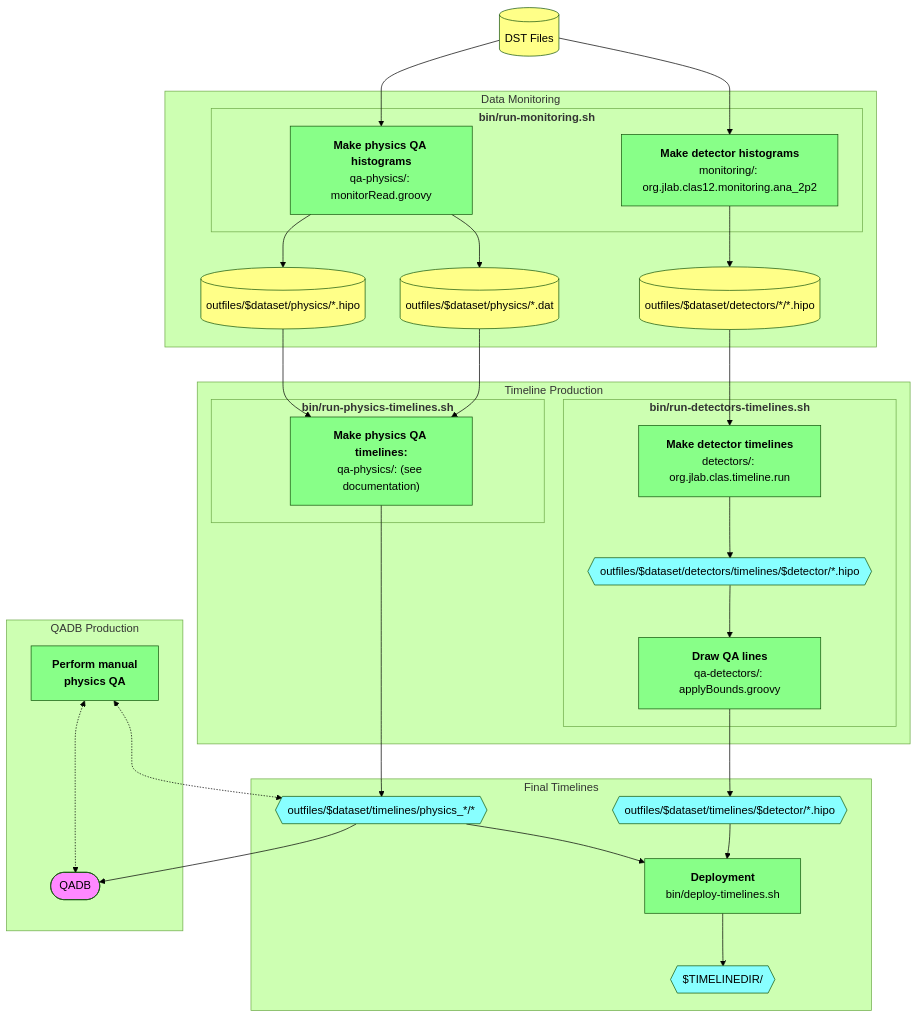
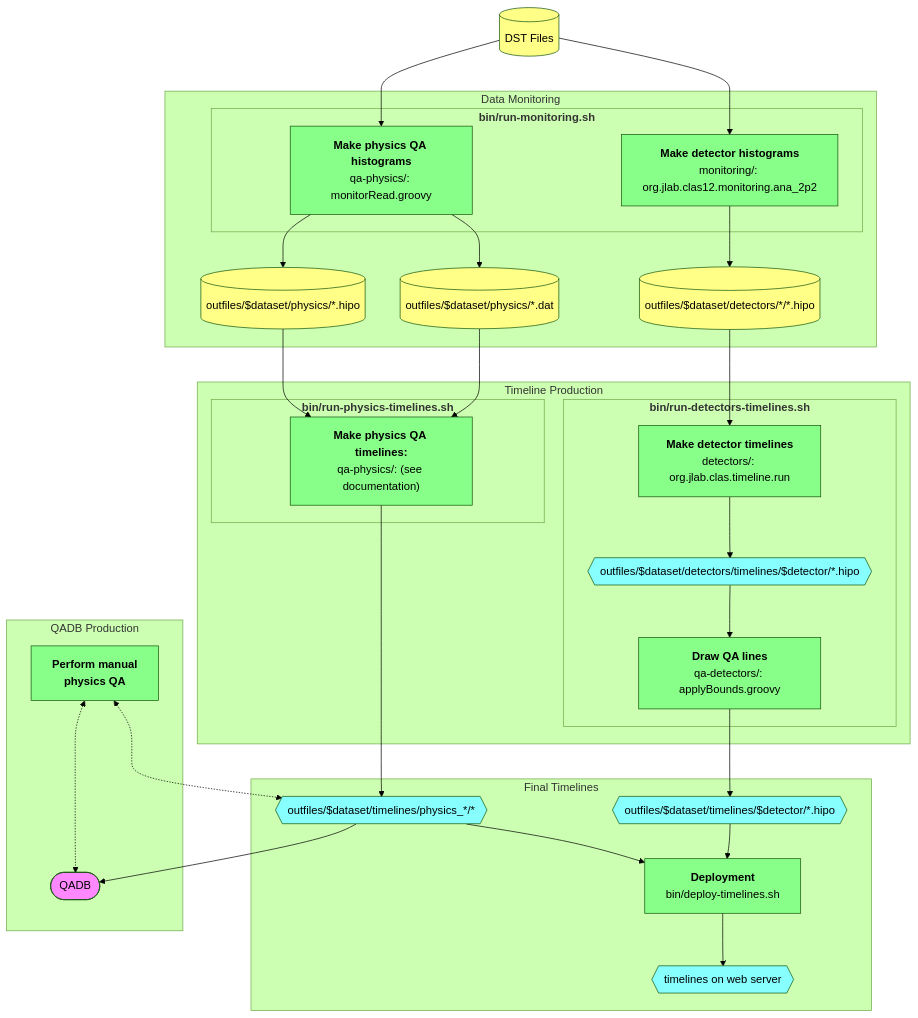
Before and after one commit to JeffersonLab/clas12-timeline: the diagram in README.md, drawn with Mermaid (forest theme). The commit also changed 3 other files, not shown here.

Commit message:
refactor: remove `$TIMELINEDIR` env var

````diff
--- a/README.md
+++ b/README.md
@@ -75,57 +75,57 @@
 ```mermaid
 flowchart TB
 
     classDef proc     fill:#8f8,color:black
     classDef data     fill:#ff8,color:black
     classDef misc     fill:#f8f,color:black
     classDef timeline fill:#8ff,color:black
 
     dst[(DST Files)]:::data
 
     subgraph Data Monitoring
         subgraph "<strong>bin/run-monitoring.sh</strong>"
             monitorDetectors["<strong>Make detector histograms</strong><br/>monitoring/: org.jlab.clas12.monitoring.ana_2p2"]:::proc
             monitorPhysics["<strong>Make physics QA histograms</strong><br/>qa-physics/: monitorRead.groovy"]:::proc
         end
         outplots[(outfiles/$dataset/detectors/*/*.hipo)]:::data
         outdat[(outfiles/$dataset/physics/*.dat)]:::data
         outmon[(outfiles/$dataset/physics/*.hipo)]:::data
     end
     dst --> monitorDetectors
     dst --> monitorPhysics
     monitorDetectors --> outplots
     monitorPhysics   --> outdat
     monitorPhysics   --> outmon
 
     subgraph Timeline Production
         subgraph "<strong>bin/run-detectors-timelines.sh</strong>"
             timelineDetectorsPreQA["<strong>Make detector timelines</strong><br/>detectors/: org.jlab.clas.timeline.run"]:::proc
             outTimelineDetectorsPreQA{{outfiles/$dataset/detectors/timelines/$detector/*.hipo}}:::timeline
             timelineDetectors["<strong>Draw QA lines</strong><br/>qa-detectors/: applyBounds.groovy"]:::proc
         end
         subgraph "<strong>bin/run-physics-timelines.sh</strong>"
             timelinePhysics["<strong>Make physics QA timelines:</strong><br/>qa-physics/: (see documentation)"]:::proc
         end
     end
     subgraph Final Timelines
         outTimelinePhysics{{outfiles/$dataset/timelines/physics_*/*}}:::timeline
         outTimelineDetectors{{outfiles/$dataset/timelines/$detector/*.hipo}}:::timeline
         deploy["<strong>Deployment</strong><br/>bin/deploy-timelines.sh"]:::proc
-        timelineDir{{"$TIMELINEDIR/"}}:::timeline
+        timelineDir{{timelines on web server}}:::timeline
     end
     outplots --> timelineDetectorsPreQA --> outTimelineDetectorsPreQA --> timelineDetectors --> outTimelineDetectors
     outdat   --> timelinePhysics
     outmon   --> timelinePhysics
     timelinePhysics --> outTimelinePhysics
     outTimelineDetectors --> deploy
     outTimelinePhysics   --> deploy
     deploy --> timelineDir
 
     subgraph QADB Production
         qadb([QADB]):::misc
         manualQA[<strong>Perform manual<br/>physics QA</strong>]:::proc
     end
     outTimelinePhysics   --> qadb
     manualQA <-.-> outTimelinePhysics
     manualQA <-.-> qadb
 ```
````
